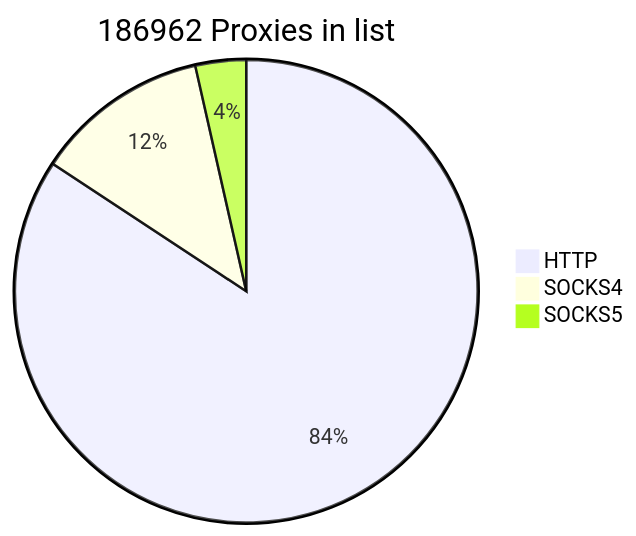
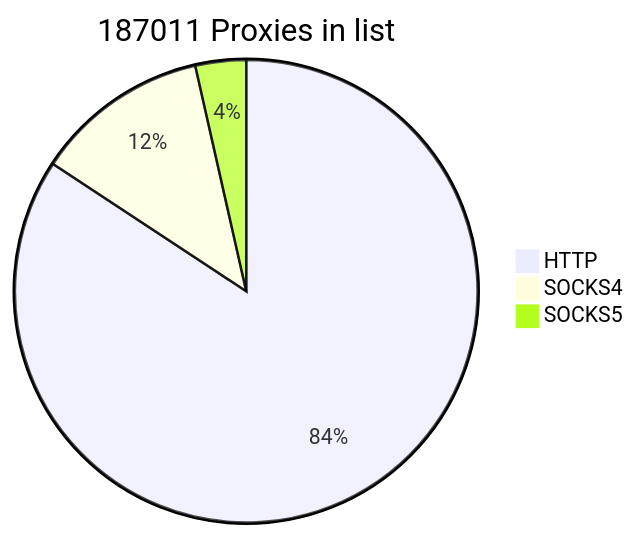
One commit to cutipu/proxylist changed the first of 2 diagrams in README.md. Above: the diagram before and after it, drawn with Mermaid. The commit also changed other lines of this file, not shown here.

````diff
--- a/README.md
+++ b/README.md
@@ -2,7 +2,7 @@
 ```mermaid
-pie title 186962 Proxies in list
-    "HTTP" : 157557
-    "SOCKS4" : 22787
-    "SOCKS5" : 6618
+pie title 187011 Proxies in list
+    "HTTP" : 157598
+    "SOCKS4" : 22794
+    "SOCKS5" : 6619
             
 ```
````
